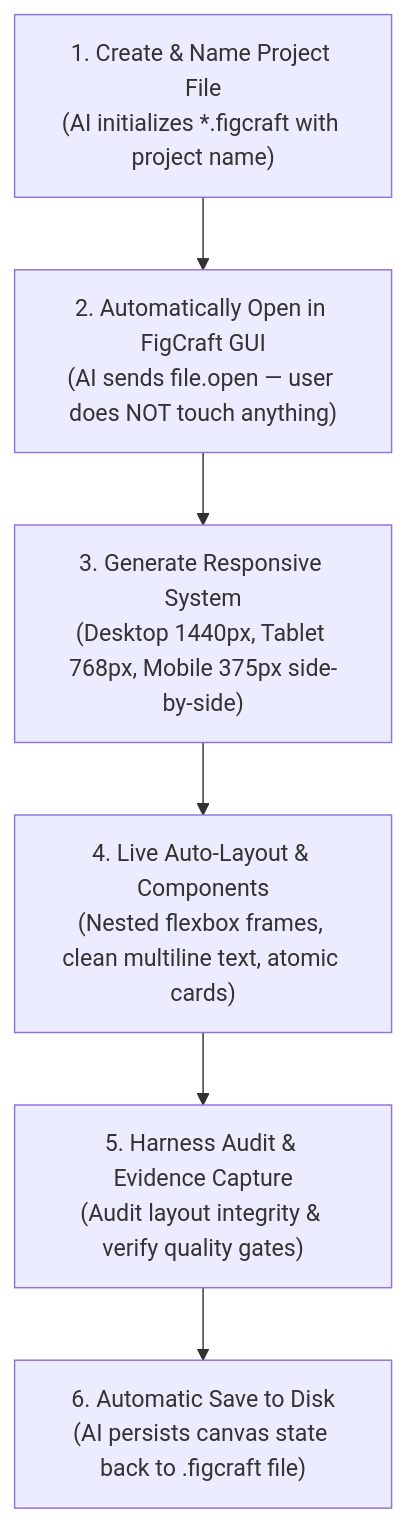
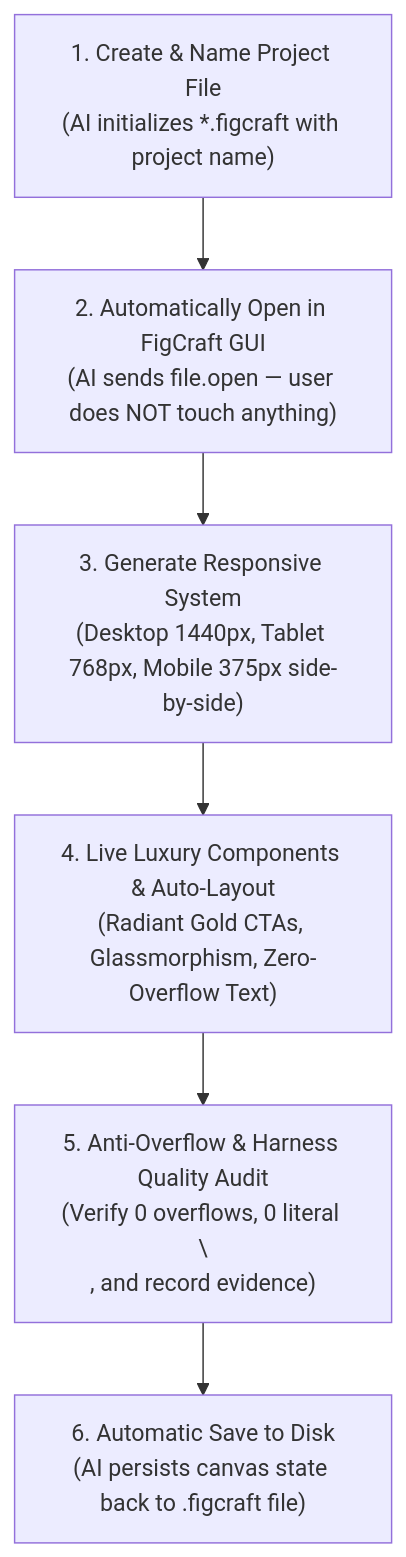
Before and after one commit to vickyymosafan/mcp_figcraft: the diagram in README.md, drawn with Mermaid. The commit also changed other lines of this file and 6 other files, not shown here.

Commit message:
feat(v1.3.0): Add Anti-Overflow engine, Luxury Obsidian Titanium theming, and automated canvas repair

````diff
--- a/README.md
+++ b/README.md
@@ -18,8 +18,8 @@
 ```mermaid
 flowchart TD
     A["1. Create & Name Project File<br/>(AI initializes *.figcraft with project name)"] --> B["2. Automatically Open in FigCraft GUI<br/>(AI sends file.open — user does NOT touch anything)"]
     B --> C["3. Generate Responsive System<br/>(Desktop 1440px, Tablet 768px, Mobile 375px side-by-side)"]
-    C --> D["4. Live Auto-Layout & Components<br/>(Nested flexbox frames, clean multiline text, atomic cards)"]
-    D --> E["5. Harness Audit & Evidence Capture<br/>(Audit layout integrity & verify quality gates)"]
+    C --> D["4. Live Luxury Components & Auto-Layout<br/>(Radiant Gold CTAs, Glassmorphism, Zero-Overflow Text)"]
+    D --> E["5. Anti-Overflow & Harness Quality Audit<br/>(Verify 0 overflows, 0 literal \\n, and record evidence)"]
     E --> F["6. Automatic Save to Disk<br/>(AI persists canvas state back to .figcraft file)"]
 ```
````
